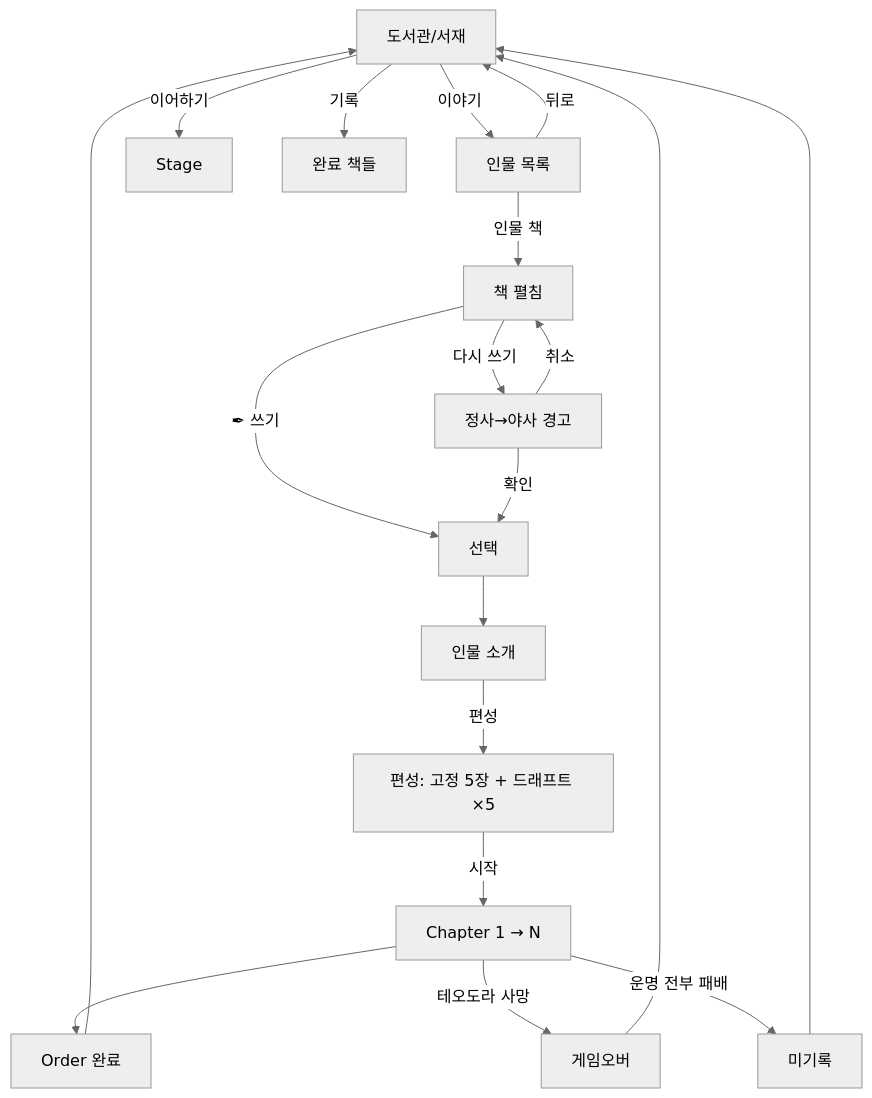
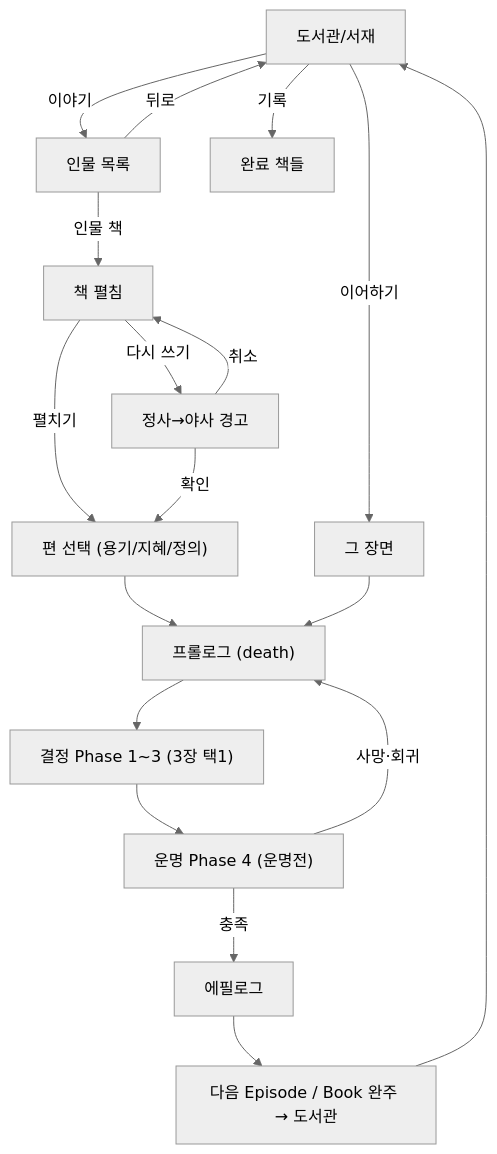
The diagram in design/ui_flow.md (roam1215-beep/Chronicle-wiki), drawn with Mermaid (neutral theme) before and after one commit. The commit also changed other lines of this file, not shown here.

First line of the commit message:
[design] ui_flow 재편 — 편성·전투 폐기, 편 선택·Episode 플레이 신설

````diff
--- a/design/ui_flow.md
+++ b/design/ui_flow.md
@@ -89,23 +99,23 @@
 ```mermaid
 flowchart TD
     LIB["도서관/서재"] -->|이야기| LIST["인물 목록"]
-    LIB -->|이어하기| STAGE["Stage"]
+    LIB -->|이어하기| EP["그 장면"]
     LIB -->|기록| RECORD["완료 책들"]
-    
+
     LIST -->|인물 책| CHAR["책 펼침"]
     LIST -->|뒤로| LIB
-    
-    CHAR -->|✒ 쓰기| PERSONA["선택"]
+
+    CHAR -->|펼치기| BOOK["편 선택 (용기/지혜/정의)"]
     CHAR -->|다시 쓰기| WARN["정사→야사 경고"]
-    WARN -->|확인| PERSONA
+    WARN -->|확인| BOOK
     WARN -->|취소| CHAR
-    
-    PERSONA --> INTRO["인물 소개"]
-    INTRO -->|편성| DRAFT["편성: 고정 5장 + 드래프트 ×5"]
-    DRAFT -->|시작| CH["Chapter 1 → N"]
-    CH --> SAVE["Order 완료"]
-    SAVE --> LIB
-    
-    CH -->|테오도라 사망| GG["게임오버"] --> LIB
-    CH -->|운명 전부 패배| FAIL["미기록"] --> LIB
+
+    BOOK --> PRO["프롤로그 (death)"]
+    EP --> PRO
+    PRO --> DEC["결정 Phase 1~3 (3장 택1)"]
+    DEC --> FATE["운명 Phase 4 (운명전)"]
+    FATE -->|충족| EPI["에필로그"]
+    FATE -->|사망·회귀| PRO
+    EPI --> NEXT["다음 Episode / Book 완주 → 도서관"]
+    NEXT --> LIB
 ```
````
